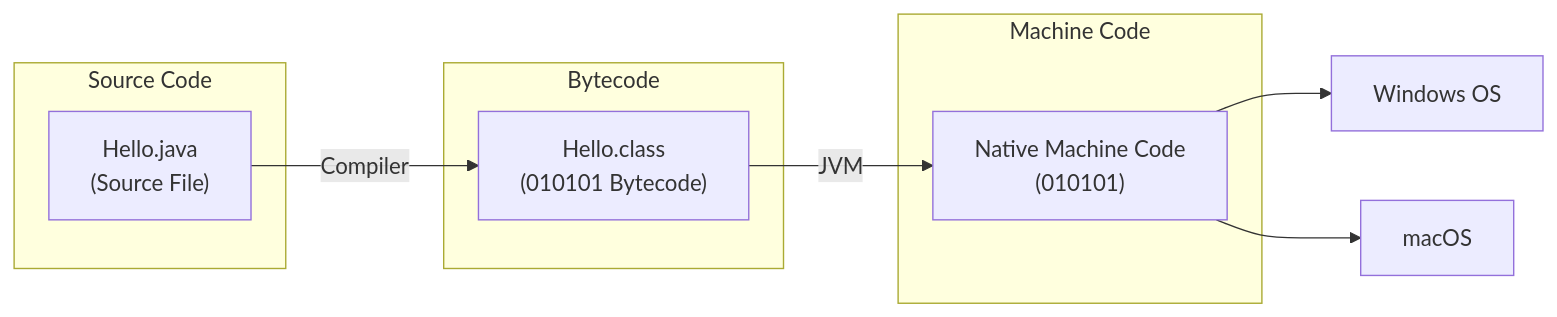
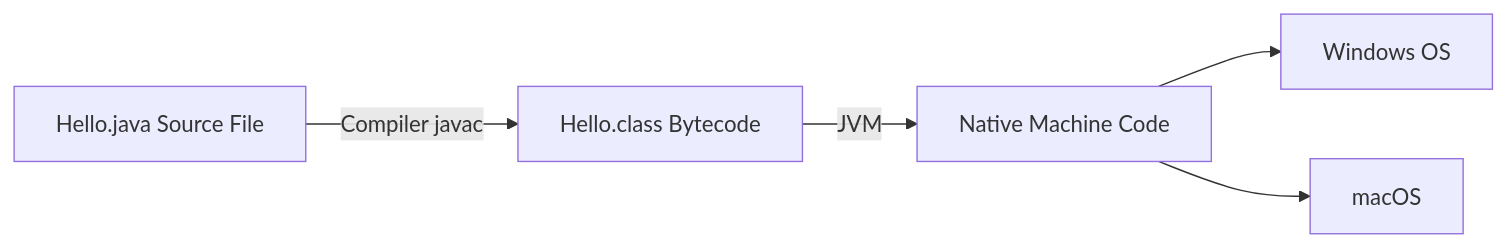
Before and after one commit to m20was/Analytics: the second of 3 diagrams in markdown/m20was/Java/00_Working of a Java program.md, drawn with Mermaid. The commit also changed other lines of this file, not shown here.

Commit message:
docs: add conceptual guide for Java program execution and IDE shortcuts

````diff
--- a/markdown/m20was/Java/00_Working of a Java program.md
+++ b/markdown/m20was/Java/00_Working of a Java program.md
@@ -22,19 +22,7 @@
 ```mermaid
 flowchart LR
-    subgraph Source["Source Code"]
-        A["Hello.java\n(Source File)"]
-    end
-
-    subgraph BytecodeStage["Bytecode"]
-        B["Hello.class\n(010101 Bytecode)"]
-    end
-
-    subgraph MachineStage["Machine Code"]
-        C["Native Machine Code\n(010101)"]
-    end
-
-    A -->|Compiler| B
-    B -->|JVM| C
-    C --> Windows["Windows OS"]
-    C --> MacOS["macOS"]
+    A[Hello.java Source File] -->|Compiler javac| B[Hello.class Bytecode]
+    B -->|JVM| C[Native Machine Code]
+    C --> D[Windows OS]
+    C --> E[macOS]
 ```
````
